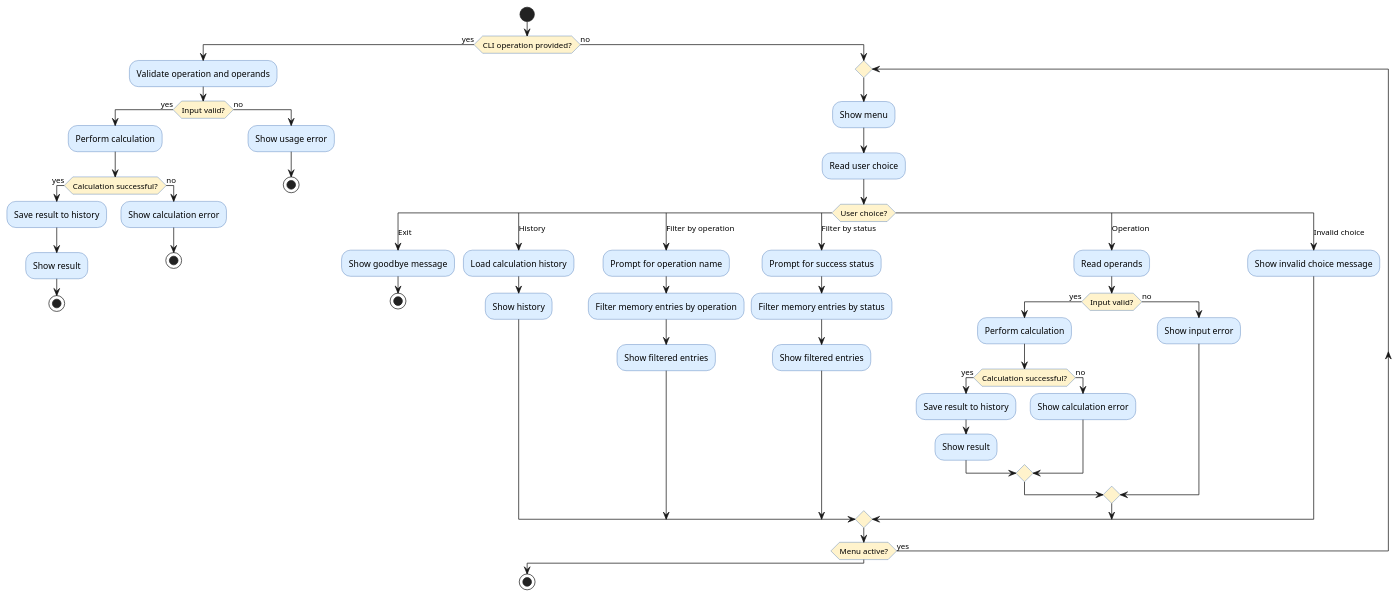
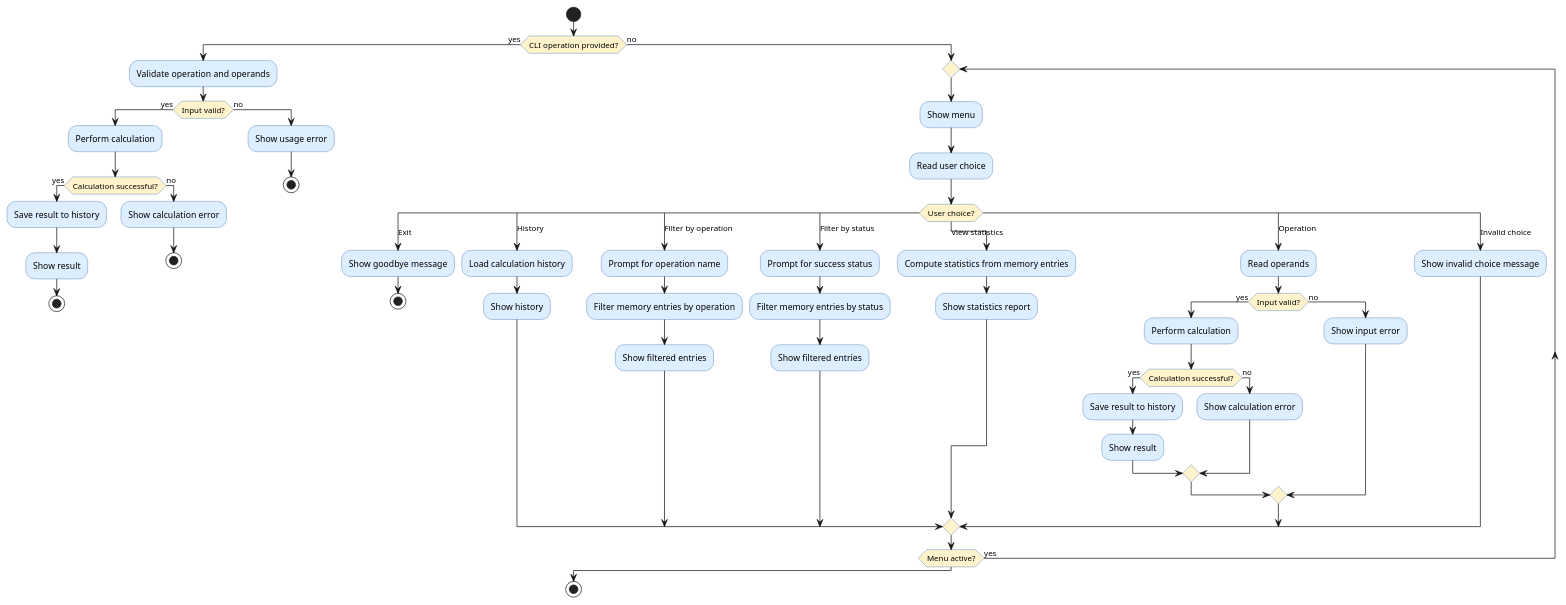
Before and after one commit to DanielRiha8906/Software_autoevolution_using_agents: the diagram in experiments/pipeline/structured_text/calculator/artifacts/activity_diagram.puml, drawn with PlantUML. The commit also changed 14 other files, not shown here.

```diff
--- a/experiments/pipeline/structured_text/calculator/artifacts/activity_diagram.puml
+++ b/experiments/pipeline/structured_text/calculator/artifacts/activity_diagram.puml
@@ -1,84 +1,88 @@
 @startuml activity_diagram
 
 skinparam activityBackgroundColor #DDEEFF
 skinparam activityBorderColor #3366AA
 skinparam activityDiamondBackgroundColor #FFF3CC
 
 start
 
 if (CLI operation provided?) then (yes)
 
   :Validate operation and operands;
 
   if (Input valid?) then (yes)
     :Perform calculation;
 
     if (Calculation successful?) then (yes)
       :Save result to history;
       :Show result;
       stop
     else (no)
       :Show calculation error;
       stop
     endif
 
   else (no)
     :Show usage error;
     stop
   endif
 
 else (no)
 
   repeat
     :Show menu;
     :Read user choice;
 
     switch (User choice?)
 
       case (Exit)
         :Show goodbye message;
         stop
 
       case (History)
         :Load calculation history;
         :Show history;
 
       case (Filter by operation)
         :Prompt for operation name;
         :Filter memory entries by operation;
         :Show filtered entries;
 
       case (Filter by status)
         :Prompt for success status;
         :Filter memory entries by status;
         :Show filtered entries;
 
+      case (View statistics)
+        :Compute statistics from memory entries;
+        :Show statistics report;
+
       case (Operation)
         :Read operands;
 
         if (Input valid?) then (yes)
           :Perform calculation;
 
           if (Calculation successful?) then (yes)
             :Save result to history;
             :Show result;
           else (no)
             :Show calculation error;
           endif
 
         else (no)
           :Show input error;
         endif
 
       case (Invalid choice)
         :Show invalid choice message;
 
     endswitch
 
   repeat while (Menu active?) is (yes)
 
 endif
 
 stop
 
 @enduml
```
